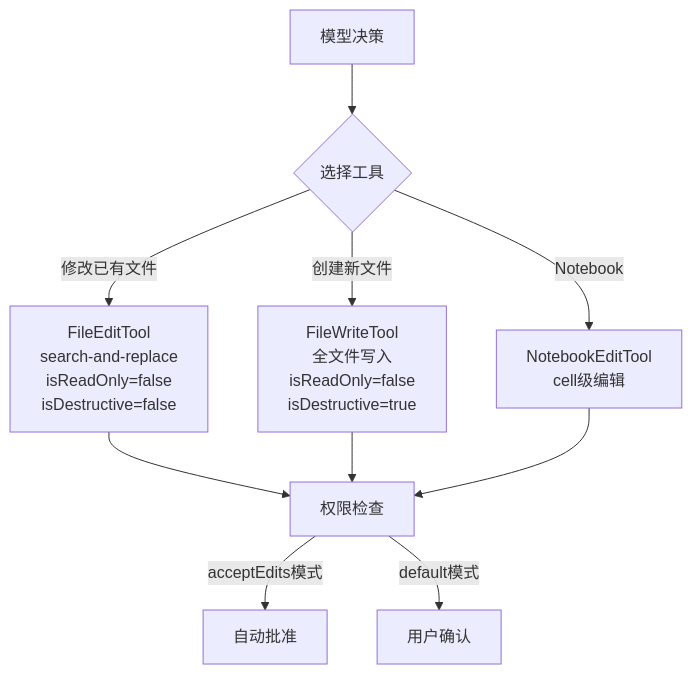
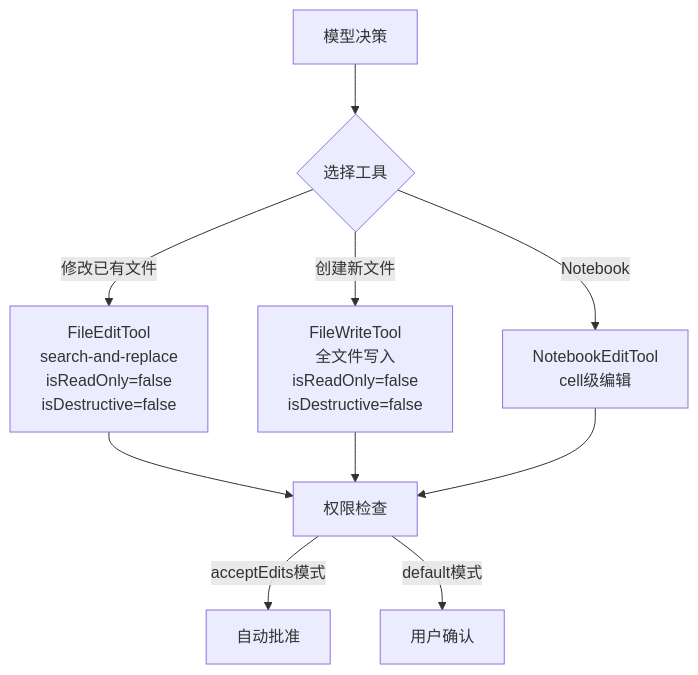
The diagram in docs/05-code-editing-strategy.md (Windy3f3f3f3f/how-claude-code-works), drawn with Mermaid before and after one commit. The commit also changed other lines of this file and 36 other files, not shown here.

````diff
--- a/docs/05-code-editing-strategy.md
+++ b/docs/05-code-editing-strategy.md
@@ -772,14 +772,14 @@
 ```mermaid
 graph TB
     Model[模型决策] --> Choice{选择工具}
     Choice -->|修改已有文件| Edit[FileEditTool<br/>search-and-replace<br/>isReadOnly=false<br/>isDestructive=false]
-    Choice -->|创建新文件| Write[FileWriteTool<br/>全文件写入<br/>isReadOnly=false<br/>isDestructive=true]
+    Choice -->|创建新文件| Write[FileWriteTool<br/>全文件写入<br/>isReadOnly=false<br/>isDestructive=false]
     Choice -->|Notebook| NB[NotebookEditTool<br/>cell级编辑]
 
     Edit --> Perm[权限检查]
     Write --> Perm
     NB --> Perm
 
     Perm -->|acceptEdits模式| Auto[自动批准]
     Perm -->|default模式| Ask[用户确认]
 ```
````
